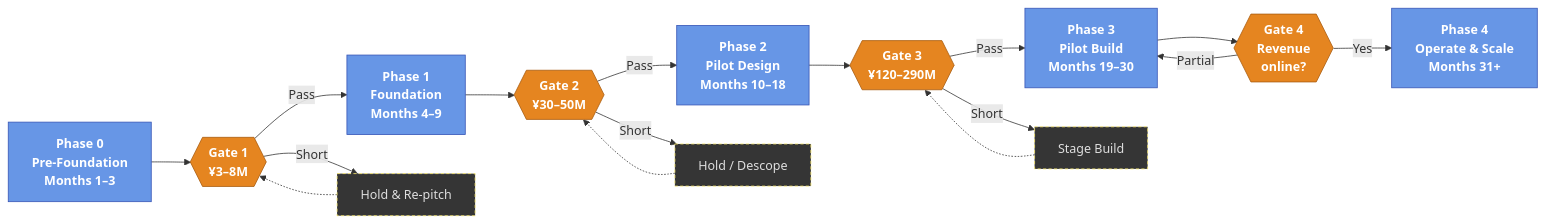
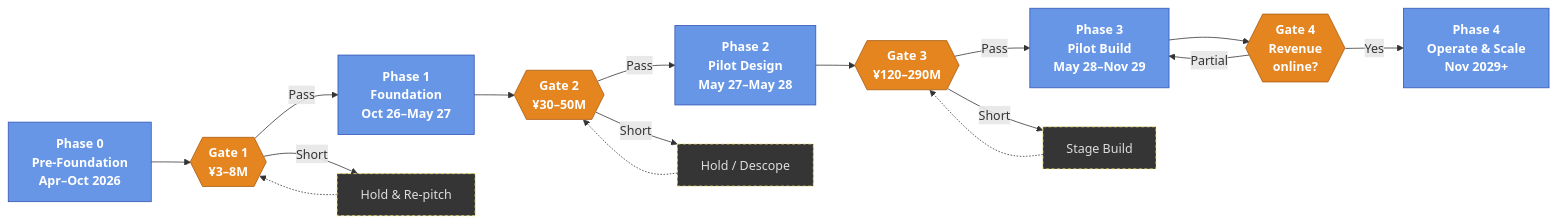
The diagram in README.md (robouden/mitsue-ai-data-center), drawn with Mermaid before and after one commit. The commit also changed other lines of this file and 17 other files, not shown here.

First line of the commit message:
docs(schedule): sync phase timeline to operative OpenProject Gantt

````diff
--- a/README.md
+++ b/README.md
@@ -79,38 +79,38 @@
 ```mermaid
 flowchart LR
-    P0["Phase 0<br/>Pre-Foundation<br/>Months 1–3"]
-    P1["Phase 1<br/>Foundation<br/>Months 4–9"]
-    P2["Phase 2<br/>Pilot Design<br/>Months 10–18"]
-    P3["Phase 3<br/>Pilot Build<br/>Months 19–30"]
-    P4["Phase 4<br/>Operate &amp; Scale<br/>Months 31+"]
+    P0["Phase 0<br/>Pre-Foundation<br/>Apr–Oct 2026"]
+    P1["Phase 1<br/>Foundation<br/>Oct 26–May 27"]
+    P2["Phase 2<br/>Pilot Design<br/>May 27–May 28"]
+    P3["Phase 3<br/>Pilot Build<br/>May 28–Nov 29"]
+    P4["Phase 4<br/>Operate &amp; Scale<br/>Nov 2029+"]
 
     G1{{"Gate 1<br/>¥3–8M"}}
     G2{{"Gate 2<br/>¥30–50M"}}
     G3{{"Gate 3<br/>¥120–290M"}}
     G4{{"Gate 4<br/>Revenue<br/>online?"}}
 
     H1["Hold &amp; Re-pitch"]
     H2["Hold / Descope"]
     H3["Stage Build"]
 
     P0 --> G1
     G1 -->|Pass| P1
     P1 --> G2
     G2 -->|Pass| P2
     P2 --> G3
     G3 -->|Pass| P3
     P3 --> G4
     G4 -->|Yes| P4
 
     G1 -->|Short| H1 -.-> G1
     G2 -->|Short| H2 -.-> G2
     G3 -->|Short| H3 -.-> G3
     G4 -->|Partial| P3
 
     classDef phase fill:#6796e6,stroke:#3655b5,stroke-width:1px,color:#FFFFFF,font-weight:bold
     classDef gate  fill:#e58520,stroke:#A85C10,stroke-width:1px,color:#FFFFFF,font-weight:bold
     classDef hold  fill:#353535,stroke:#FCEB6C,stroke-width:1px,color:#DEDEDE,stroke-dasharray:4 3
     class P0,P1,P2,P3,P4 phase
     class G1,G2,G3,G4 gate
     class H1,H2,H3 hold
 ```
````
